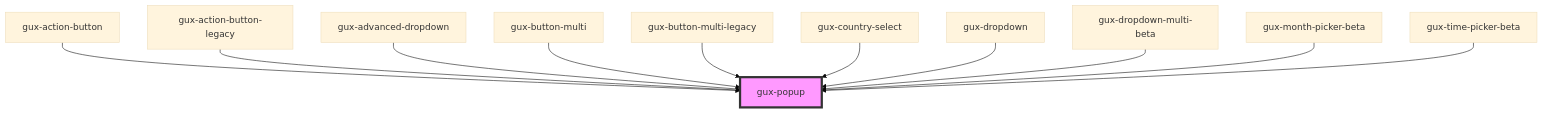
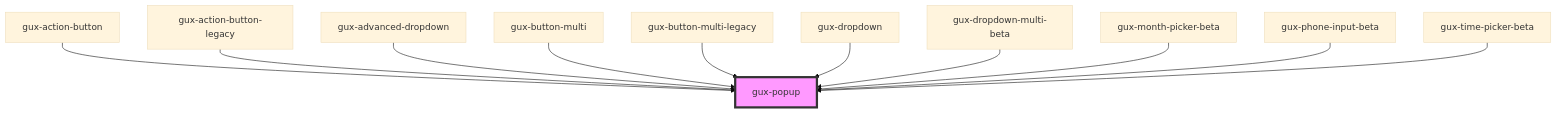
Before and after one commit to MyPureCloud/genesys-spark: the diagram in src/components/stable/gux-popup/readme.md, drawn with Mermaid (base theme). The commit also changed other lines of this file and 46 other files, not shown here.

Commit message:
chore(phone-input): refactoring to use form-field paradigm like time-picker

````diff
--- a/src/components/stable/gux-popup/readme.md
+++ b/src/components/stable/gux-popup/readme.md
@@ -40,14 +40,14 @@
 ```mermaid
 graph TD;
   gux-action-button --> gux-popup
   gux-action-button-legacy --> gux-popup
   gux-advanced-dropdown --> gux-popup
   gux-button-multi --> gux-popup
   gux-button-multi-legacy --> gux-popup
-  gux-country-select --> gux-popup
   gux-dropdown --> gux-popup
   gux-dropdown-multi-beta --> gux-popup
   gux-month-picker-beta --> gux-popup
+  gux-phone-input-beta --> gux-popup
   gux-time-picker-beta --> gux-popup
   style gux-popup fill:#f9f,stroke:#333,stroke-width:4px
 ```
````
